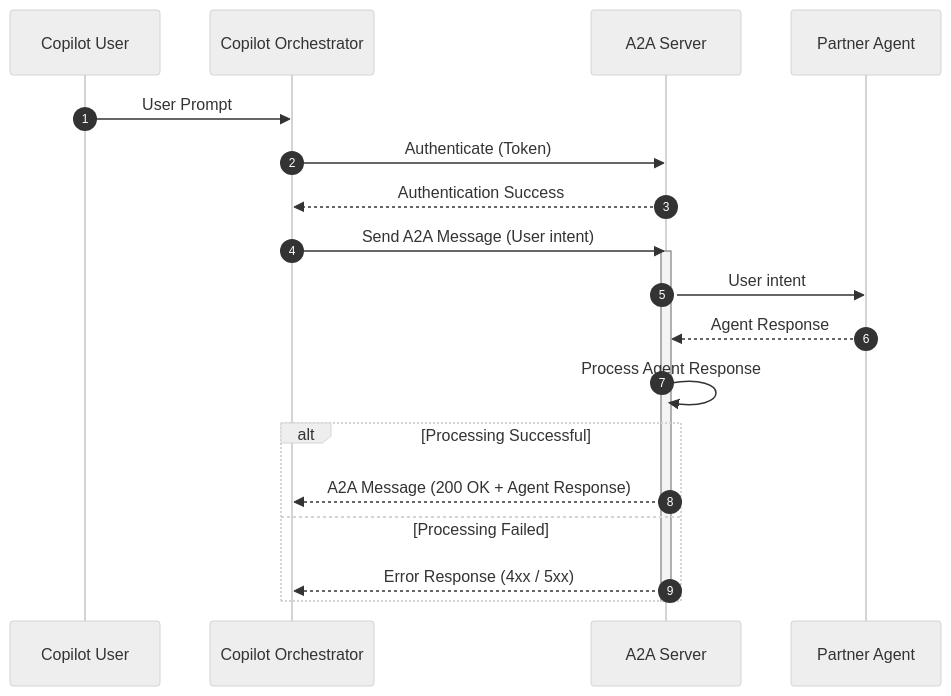
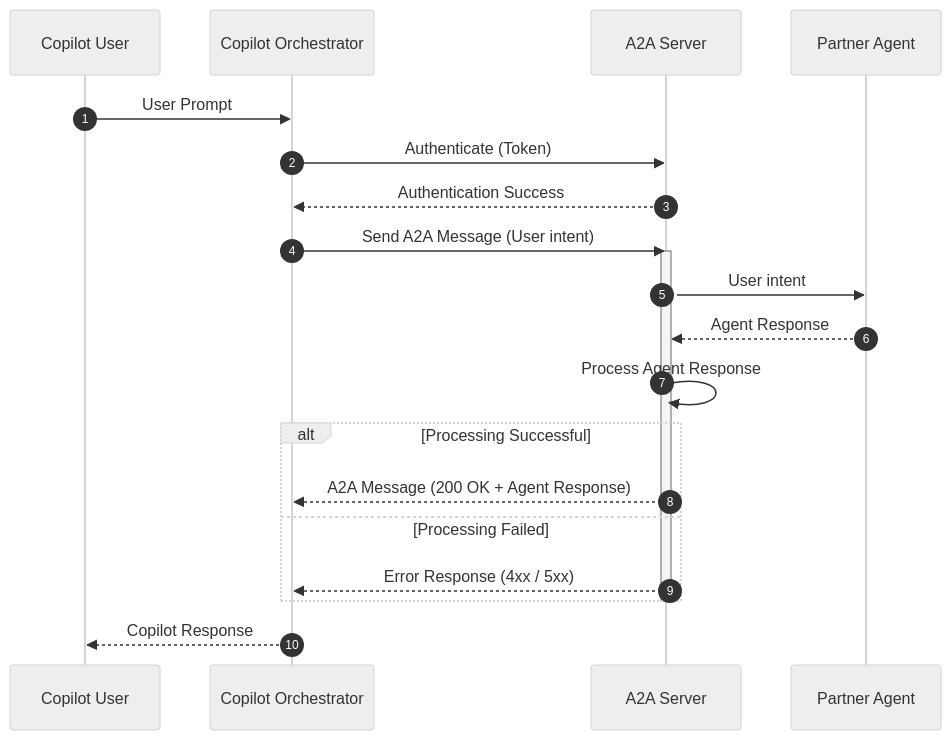
The diagram in A2ACommunication.md (venu-sivanadham/AzSAzureCopilotDemo), drawn with Mermaid (neutral theme) before and after one commit.

Commit message:
updated the diagram

````diff
--- a/A2ACommunication.md
+++ b/A2ACommunication.md
@@ -5,28 +5,30 @@
 ```mermaid
 sequenceDiagram
     autonumber
     participant User as Copilot User
     participant Client as Copilot Orchestrator
     participant Server as A2A Server
     participant Agent as Partner Agent
 
     User->>Client: User Prompt
     Client->>Server: Authenticate (Token)
     Server-->>Client: Authentication Success
 
     Client->>Server: Send A2A Message (User intent)
     
     activate Server
     Server->>Agent: User intent
     Agent-->>Server: Agent Response
     
     Server->>Server: Process Agent Response
 
     alt Processing Successful
         Server-->>Client: A2A Message (200 OK + Agent Response)
     else Processing Failed
         Server-->>Client: Error Response (4xx / 5xx)
     end
 
     deactivate Server
+
+    Client-->>User: Copilot Response
 ```
````
